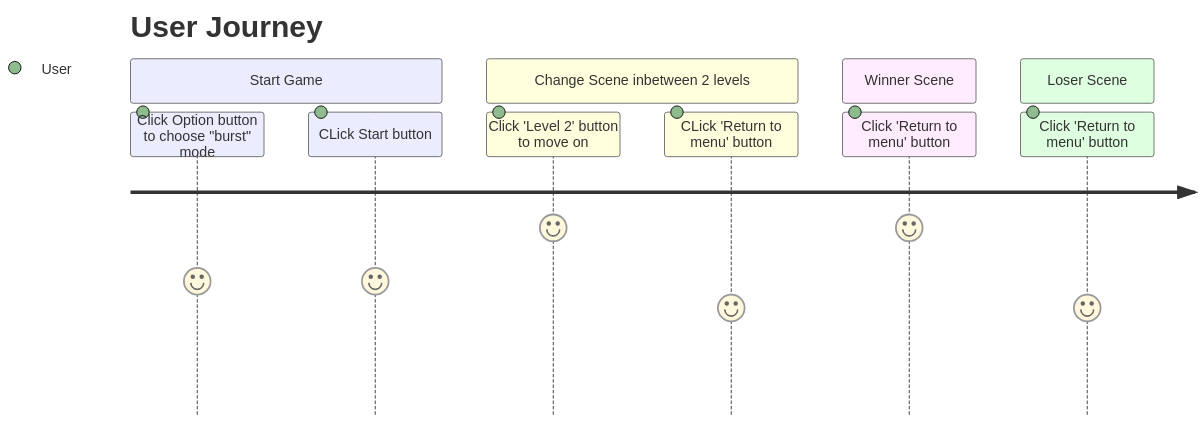
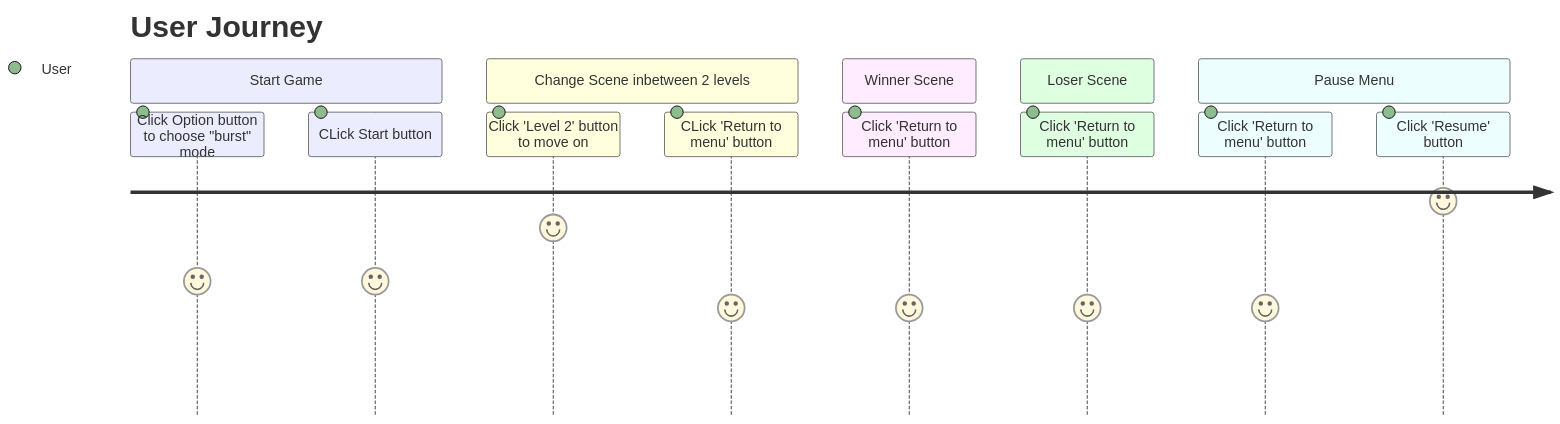
Before and after one commit to Glovania/Space-Invading: the first of 2 diagrams in Design.md, drawn with Mermaid. The commit also changed other lines of this file, not shown here.

Commit message:
📄 docs: Improve "Design.md" file

````diff
--- a/Design.md
+++ b/Design.md
@@ -32,17 +32,21 @@
 ```mermaid
 journey
 title User Journey
     section Start Game
         Click Option button to choose "burst" mode: 5: User
         CLick Start button: 5: User
 
     section Change Scene inbetween 2 levels
         Click 'Level 2' button to move on: 7: User
         CLick 'Return to menu' button: 4: User
 
     section Winner Scene
-        Click 'Return to menu' button: 7: User
+        Click 'Return to menu' button: 4: User
 
     section Loser Scene
         Click 'Return to menu' button: 4: User
+
+    section Pause Menu
+        Click 'Return to menu' button: 4: User
+        Click 'Resume' button: 8: User
 ```
````
